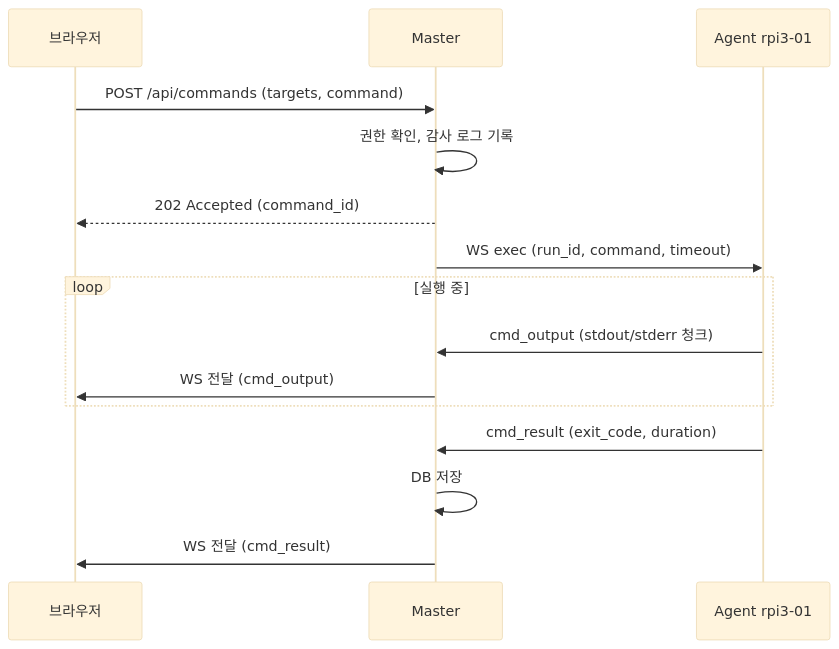
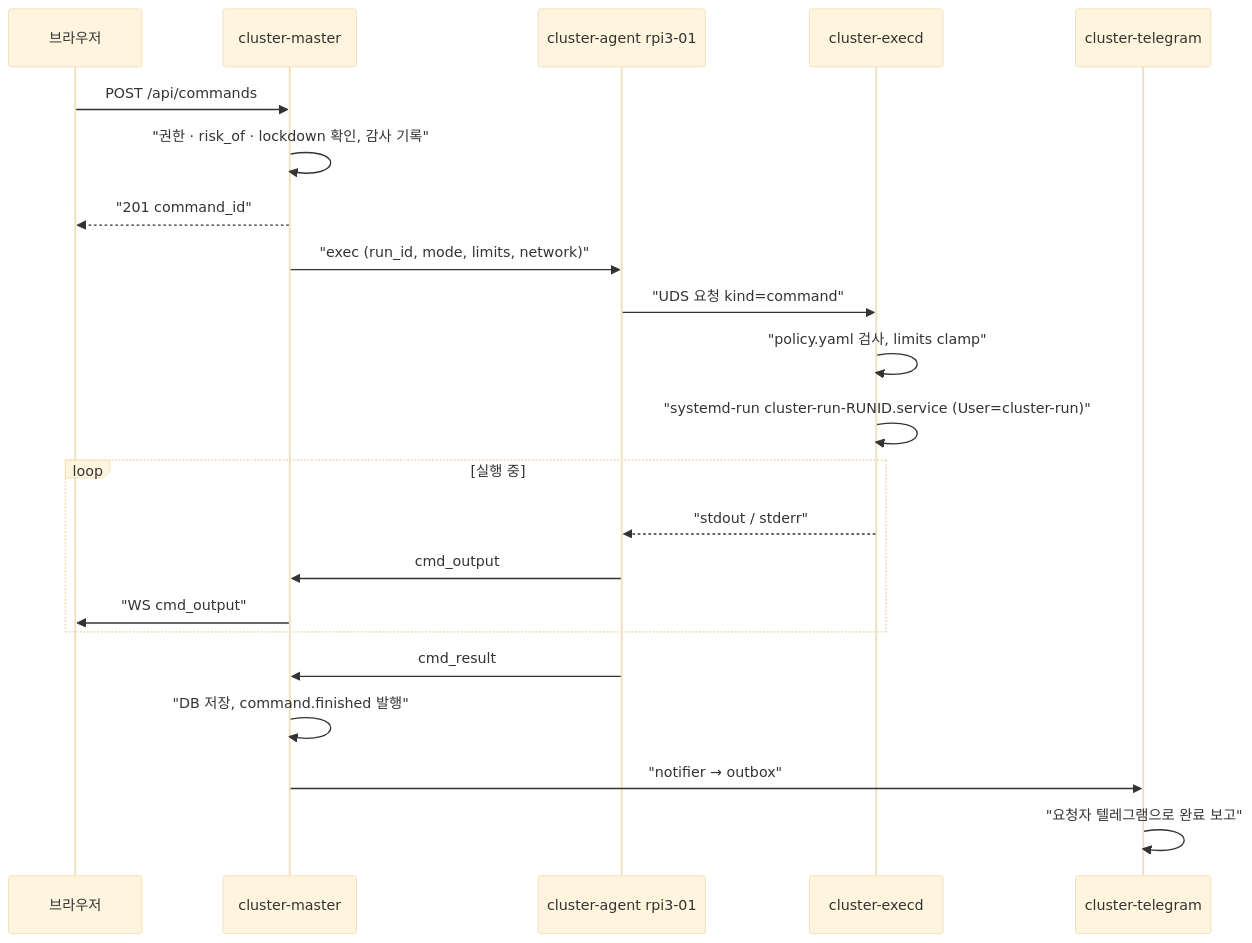
Before and after one commit to Yuchan-00/Cluster_Web: the second of 3 diagrams in docs/PLAN.md, drawn with Mermaid (base theme). The commit also changed other lines of this file and 5 other files, not shown here.

First line of the commit message:
Revise plan: security-first design for 5-node cluster, jobs, Telegram, AI agent

````diff
--- a/docs/PLAN.md
+++ b/docs/PLAN.md
@@ -93,17 +159,24 @@
 ```mermaid
 sequenceDiagram
   participant U as 브라우저
-  participant M as Master
-  participant A as Agent rpi3-01
-  U->>M: POST /api/commands (targets, command)
-  M->>M: 권한 확인, 감사 로그 기록
-  M-->>U: 202 Accepted (command_id)
-  M->>A: WS exec (run_id, command, timeout)
+  participant M as cluster-master
+  participant A as cluster-agent rpi3-01
+  participant X as cluster-execd
+  participant T as cluster-telegram
+  U->>M: POST /api/commands
+  M->>M: "권한 · risk_of · lockdown 확인, 감사 기록"
+  M-->>U: "201 command_id"
+  M->>A: "exec (run_id, mode, limits, network)"
+  A->>X: "UDS 요청 kind=command"
+  X->>X: "policy.yaml 검사, limits clamp"
+  X->>X: "systemd-run cluster-run-RUNID.service (User=cluster-run)"
   loop 실행 중
-    A->>M: cmd_output (stdout/stderr 청크)
-    M->>U: WS 전달 (cmd_output)
+    X-->>A: "stdout / stderr"
+    A->>M: cmd_output
+    M->>U: "WS cmd_output"
   end
-  A->>M: cmd_result (exit_code, duration)
-  M->>M: DB 저장
-  M->>U: WS 전달 (cmd_result)
+  A->>M: cmd_result
+  M->>M: "DB 저장, command.finished 발행"
+  M->>T: "notifier → outbox"
+  T->>T: "요청자 텔레그램으로 완료 보고"
 ```
````
